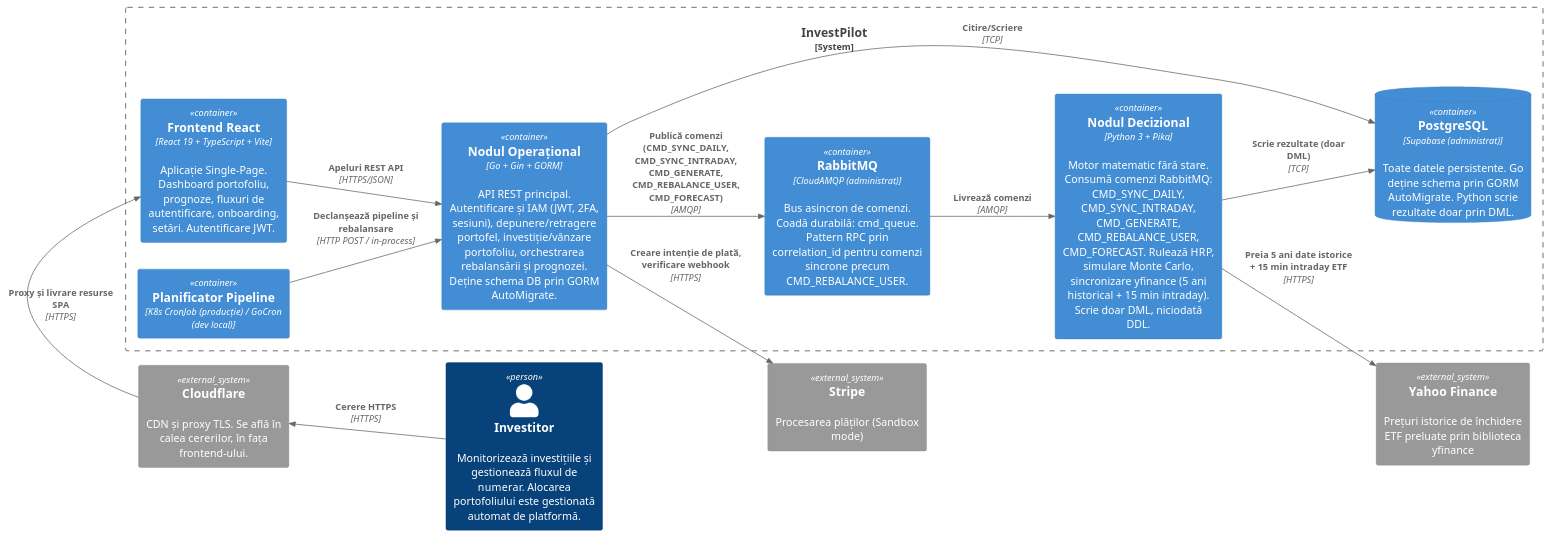
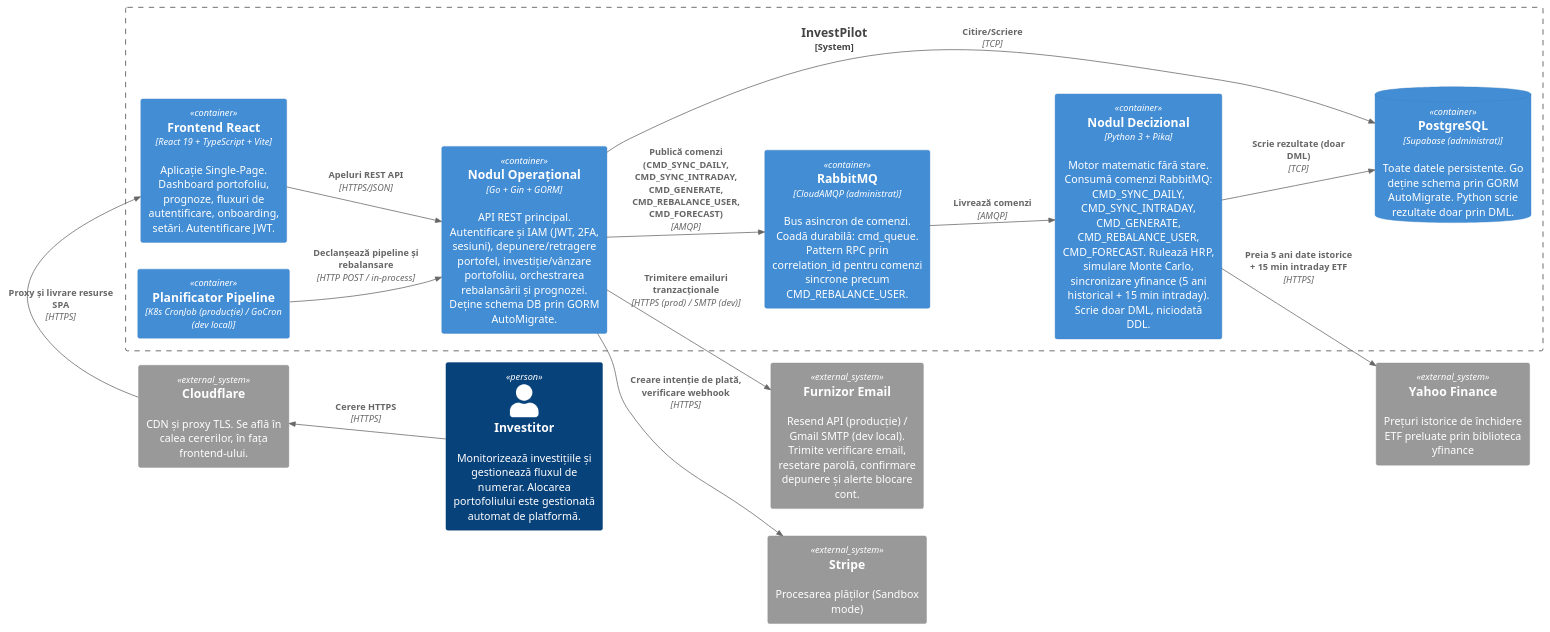
The diagram in docs/diagrams/ro/c4-container_ro.puml (andreiOpran/InvestPilot), drawn with PlantUML before and after one commit. The commit also changed 3 other files, not shown here.

Commit message:
[FEAT] diagrams add emailer

```diff
--- a/docs/diagrams/ro/c4-container_ro.puml
+++ b/docs/diagrams/ro/c4-container_ro.puml
@@ -1,39 +1,43 @@
 @startuml InvestPilot-C4-L2-RO
 !include https://raw.githubusercontent.com/plantuml-stdlib/C4-PlantUML/master/C4_Container.puml
 
 LAYOUT_LANDSCAPE()
 
 Person(investor, "Investitor", "Monitorizează investițiile și gestionează fluxul de numerar. Alocarea portofoliului este gestionată automat de platformă.")
 
 System_Ext(cloudflare, "Cloudflare", "CDN și proxy TLS. Se află în calea cererilor, în fața frontend-ului.")
 System_Ext(stripe, "Stripe", "Procesarea plăților (Sandbox mode)")
 System_Ext(yfinance, "Yahoo Finance", "Prețuri istorice de închidere ETF preluate prin biblioteca yfinance")
+System_Ext(mailer, "Furnizor Email", "Resend API (producție) / Gmail SMTP (dev local). Trimite verificare email, resetare parolă, confirmare depunere și alerte blocare cont.")
 
 System_Boundary(investpilot, "InvestPilot") {
 
     Container(spa, "Frontend React", "React 19 + TypeScript + Vite", "Aplicație Single-Page. Dashboard portofoliu, prognoze, fluxuri de autentificare, onboarding, setări. Autentificare JWT.")
 
     Container(operational, "Nodul Operațional", "Go + Gin + GORM", "API REST principal. Autentificare și IAM (JWT, 2FA, sesiuni), depunere/retragere portofel, investiție/vânzare portofoliu, orchestrarea rebalansării și prognozei. Deține schema DB prin GORM AutoMigrate.")
 
     Container(decisional, "Nodul Decizional", "Python 3 + Pika", "Motor matematic fără stare. Consumă comenzi RabbitMQ: CMD_SYNC_DAILY, CMD_SYNC_INTRADAY, CMD_GENERATE, CMD_REBALANCE_USER, CMD_FORECAST. Rulează HRP, simulare Monte Carlo, sincronizare yfinance (5 ani historical + 15 min intraday). Scrie doar DML, niciodată DDL.")
 
     Container(scheduler, "Planificator Pipeline", "K8s CronJob (producție) / GoCron (dev local)")
 
     Container(rabbitmq, "RabbitMQ", "CloudAMQP (administrat)", "Bus asincron de comenzi. Coadă durabilă: cmd_queue. Pattern RPC prin correlation_id pentru comenzi sincrone precum CMD_REBALANCE_USER.")
 
     ContainerDb(postgres, "PostgreSQL", "Supabase (administrat)", "Toate datele persistente. Go deține schema prin GORM AutoMigrate. Python scrie rezultate doar prin DML.")
 }
 
 ' Relații
 Rel_L(investor, cloudflare, "Cerere HTTPS", "HTTPS")
 Rel_U(cloudflare, spa, "Proxy și livrare resurse SPA", "HTTPS")
 Rel(spa, operational, "Apeluri REST API", "HTTPS/JSON")
 Rel(operational, rabbitmq, "Publică comenzi (CMD_SYNC_DAILY, CMD_SYNC_INTRADAY, CMD_GENERATE, CMD_REBALANCE_USER, CMD_FORECAST)", "AMQP")
 Rel(rabbitmq, decisional, "Livrează comenzi", "AMQP")
 Rel(scheduler, operational, "Declanșează pipeline și rebalansare", "HTTP POST / in-process")
 Rel(operational, postgres, "Citire/Scriere", "TCP")
 Rel(decisional, postgres, "Scrie rezultate (doar DML)", "TCP")
 Rel(operational, stripe, "Creare intenție de plată, verificare webhook", "HTTPS")
 Rel(decisional, yfinance, "Preia 5 ani date istorice + 15 min intraday ETF", "HTTPS")
+Rel(operational, mailer, "Trimitere emailuri tranzacționale", "HTTPS (prod) / SMTP (dev)")
+
+Lay_R(mailer, stripe)
 
 @enduml
```
